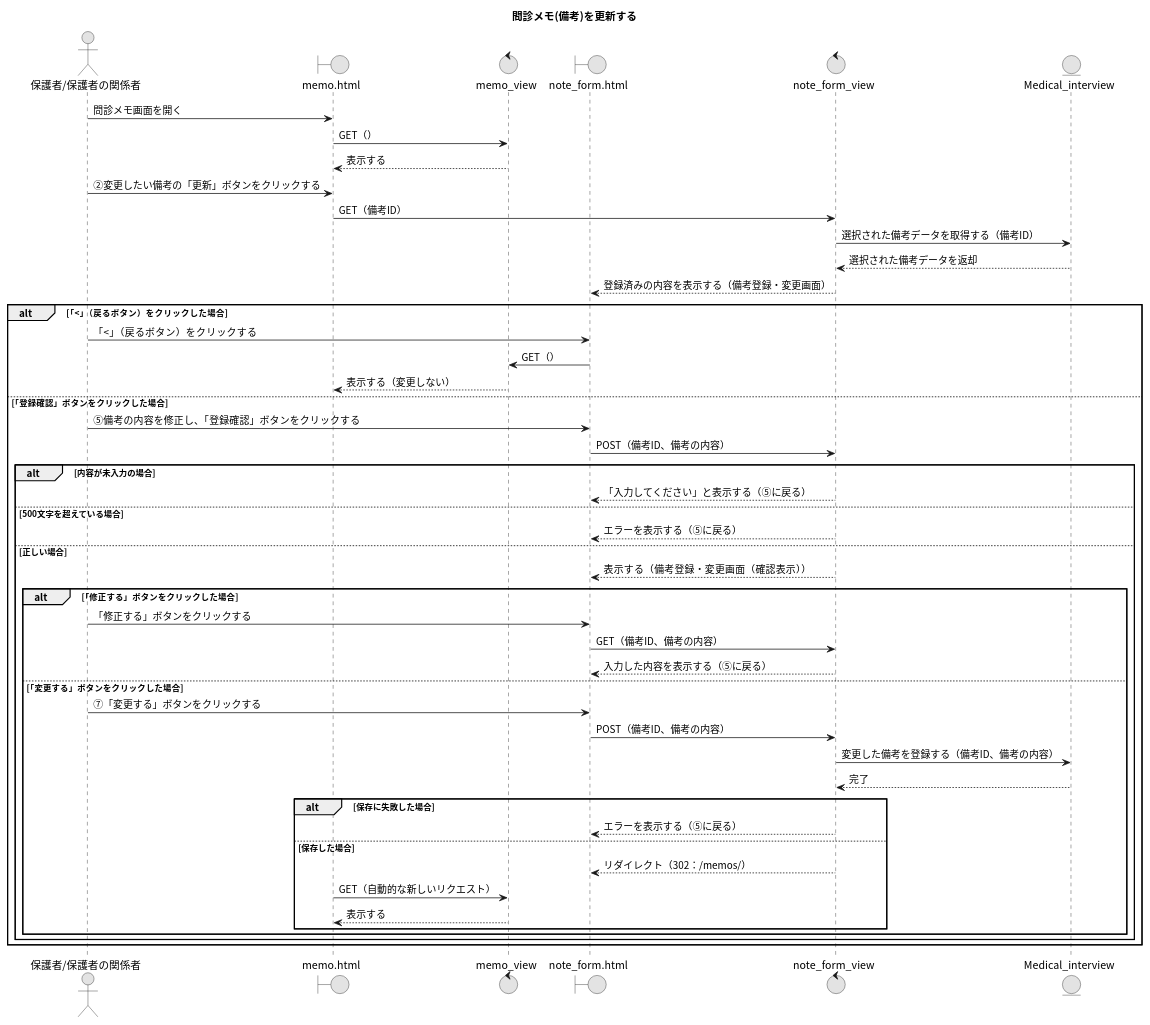
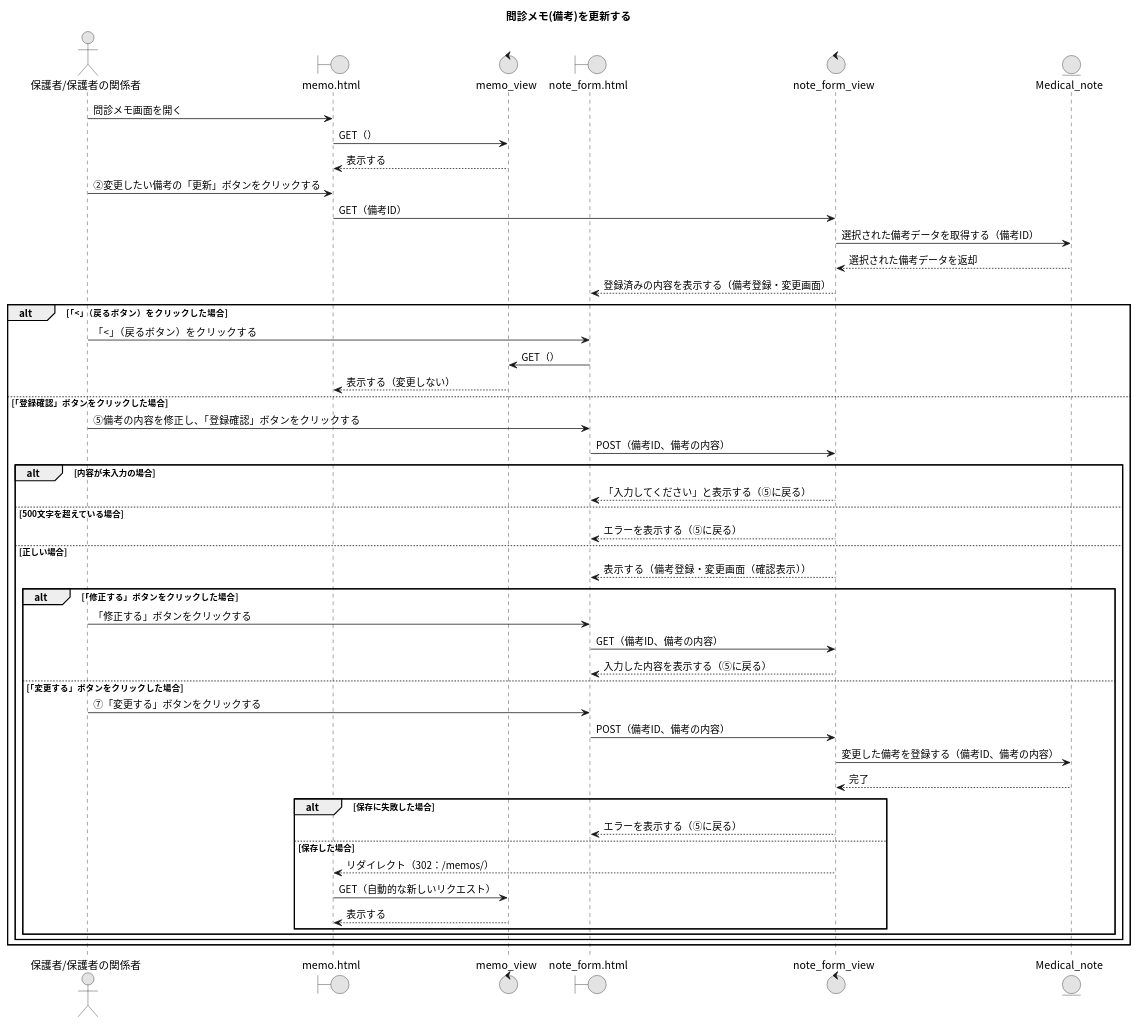
The diagram in 20_問診メモ(備考)を更新する.puml (Ma2naga190330/26_sotugyou_puml), drawn with PlantUML before and after one commit. The commit also changed 3 other files, not shown here.

```diff
--- a/20_問診メモ(備考)を更新する.puml
+++ b/20_問診メモ(備考)を更新する.puml
@@ -1,56 +1,56 @@
 @startuml
 title 問診メモ(備考)を更新する
 skinparam defaultFontName "Noto Sans CJK JP"
 skinparam monochrome true
 
 actor "保護者/保護者の関係者" as A
 boundary "memo.html" as MP
 control "memo_view" as MV
 boundary "note_form.html" as NFP
 control "note_form_view" as NFV
-entity "Medical_interview" as MIM
+entity "Medical_note" as MNM
 
 ' 最初の画面表示（問診メモ画面）
 A -> MP : 問診メモ画面を開く
 MP -> MV : GET（）
 MV --> MP : 表示する
 
 A -> MP : ②変更したい備考の「更新」ボタンをクリックする
 MP -> NFV : GET（備考ID）
-NFV -> MIM : 選択された備考データを取得する（備考ID）
-NFV <-- MIM : 選択された備考データを返却
+NFV -> MNM : 選択された備考データを取得する（備考ID）
+NFV <-- MNM : 選択された備考データを返却
 NFV --> NFP : 登録済みの内容を表示する（備考登録・変更画面）
 
 alt 「<」（戻るボタン）をクリックした場合
   A -> NFP : 「<」（戻るボタン）をクリックする
   NFP -> MV : GET（）
   MV --> MP : 表示する（変更しない）
 else 「登録確認」ボタンをクリックした場合
   A -> NFP : ⑤備考の内容を修正し、「登録確認」ボタンをクリックする
   NFP -> NFV : POST（備考ID、備考の内容）
   alt 内容が未入力の場合
     NFV --> NFP : 「入力してください」と表示する（⑤に戻る）
   else 500文字を超えている場合
     NFV --> NFP : エラーを表示する（⑤に戻る）
   else 正しい場合
     NFV --> NFP : 表示する（備考登録・変更画面（確認表示））
     alt 「修正する」ボタンをクリックした場合
       A -> NFP : 「修正する」ボタンをクリックする
       NFP -> NFV : GET（備考ID、備考の内容）
       NFV --> NFP : 入力した内容を表示する（⑤に戻る）
     else 「変更する」ボタンをクリックした場合
       A -> NFP : ⑦「変更する」ボタンをクリックする
       NFP -> NFV : POST（備考ID、備考の内容）
-      NFV -> MIM : 変更した備考を登録する（備考ID、備考の内容）
-      NFV <-- MIM : 完了
+      NFV -> MNM : 変更した備考を登録する（備考ID、備考の内容）
+      NFV <-- MNM : 完了
       alt 保存に失敗した場合
         NFV --> NFP : エラーを表示する（⑤に戻る）
       else 保存した場合
-        NFV --> NFP : リダイレクト（302：/memos/）
+        MP <-- NFV : リダイレクト（302：/memos/）
         MP -> MV : GET（自動的な新しいリクエスト）
         MV --> MP : 表示する
       end
     end
   end
 end
 @enduml
```
